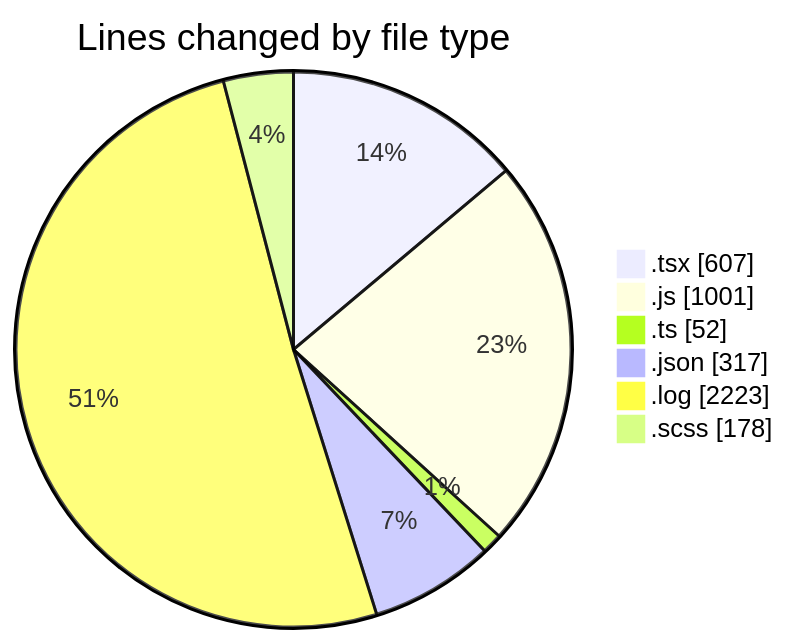
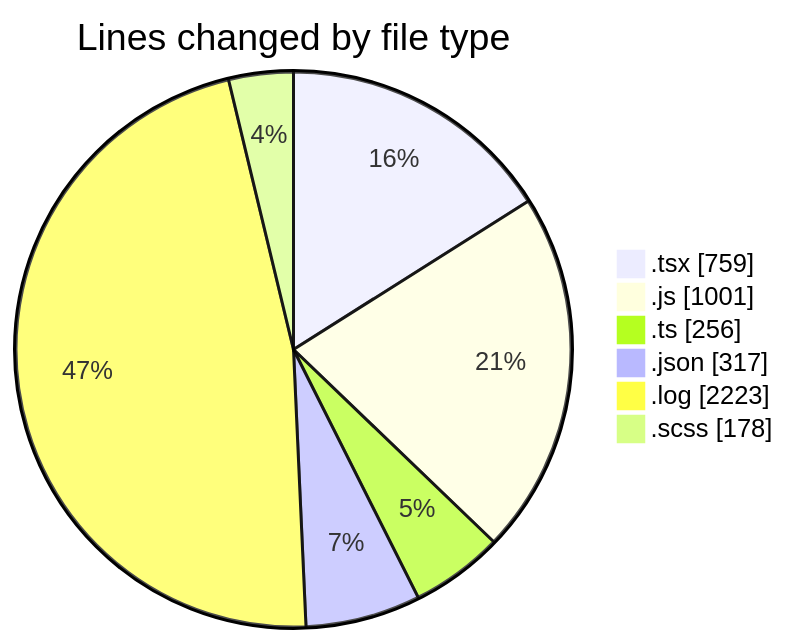
Before and after one commit to momahboobian/code-tracking: the first of 2 diagrams in 2026-04-17/cda/README.md, drawn with Mermaid. The commit also changed other lines of this file and 1 other file, not shown here.

````diff
--- a/2026-04-17/cda/README.md
+++ b/2026-04-17/cda/README.md
@@ -35,10 +37,10 @@
 ```mermaid
 pie showData
 title Lines changed by file type
-".tsx" : 607
+".tsx" : 759
 ".js" : 1001
-".ts" : 52
+".ts" : 256
 ".json" : 317
 ".log" : 2223
 ".scss" : 178
 ```
````
